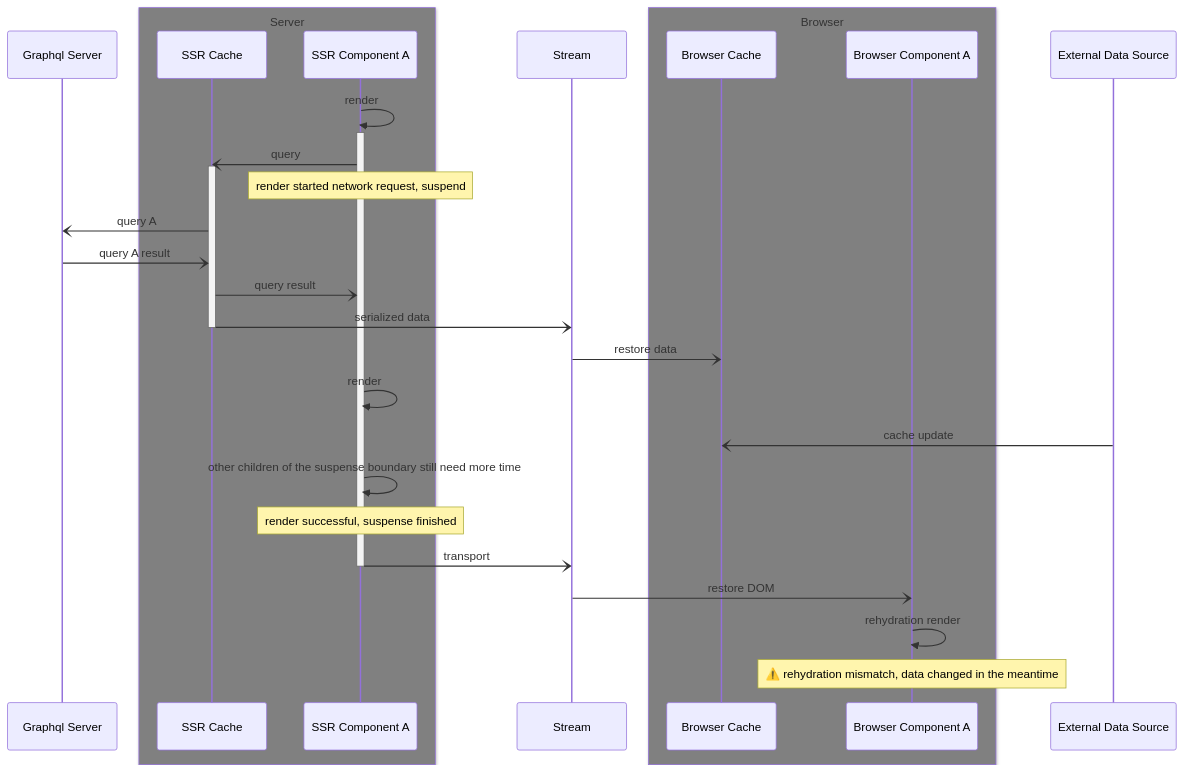
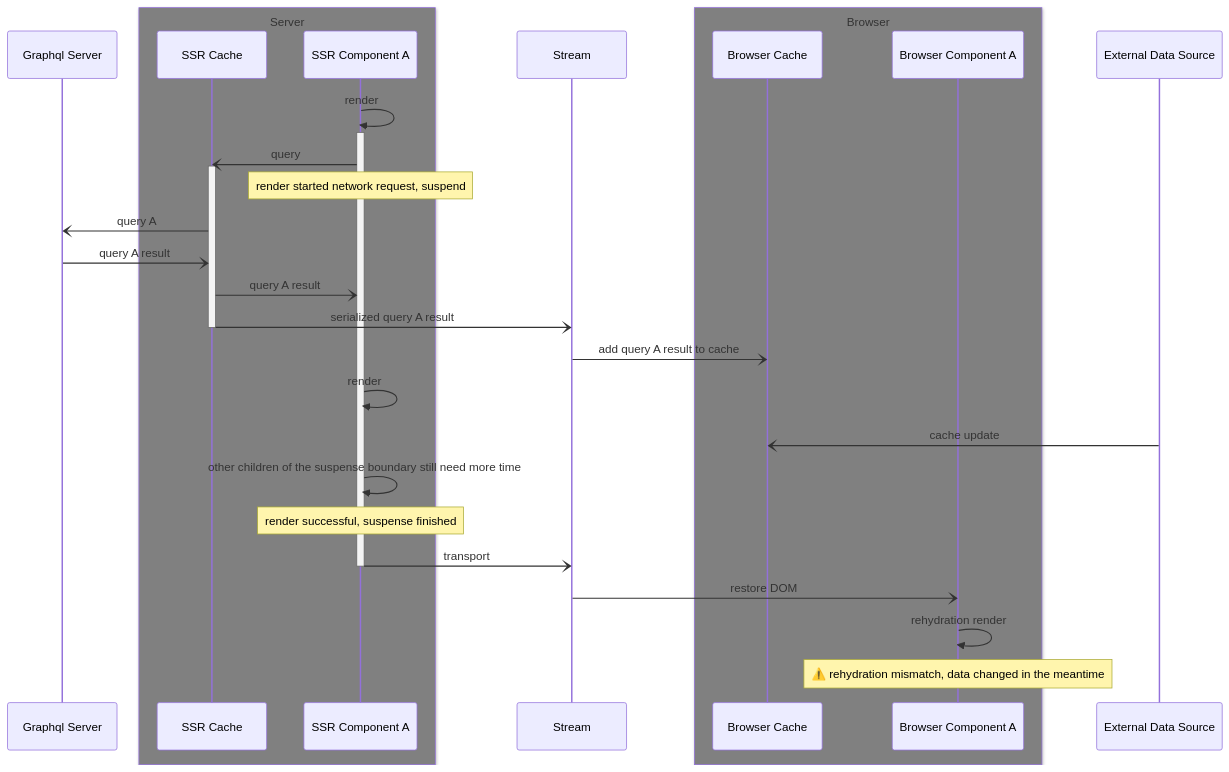
The third of 4 diagrams in RFC.md (apollographql/apollo-client-nextjs), drawn with Mermaid before and after one commit. The commit also changed other lines of this file, not shown here.

Commit message:
more precise wording in diagrams

````diff
--- a/RFC.md
+++ b/RFC.md
@@ -443,38 +443,38 @@
 ```mermaid
 sequenceDiagram
   participant GQL as Graphql Server
 
   box gray Server
   participant SSRCache as SSR Cache
   participant SSRA as SSR Component A
   end
   participant Stream
 
   box gray Browser
   participant BCache as Browser Cache
   participant BA as Browser Component A
   end
 
   participant Data as External Data Source
 
   SSRA ->> SSRA: render
   activate SSRA
   SSRA -) SSRCache: query
   activate SSRCache
   Note over SSRA: render started network request, suspend
   SSRCache -) GQL: query A
   GQL -) SSRCache: query A result
-  SSRCache -) SSRA: query result
-  SSRCache -) Stream: serialized data
+  SSRCache -) SSRA: query A result
+  SSRCache -) Stream: serialized query A result
   deactivate SSRCache
-  Stream -) BCache: restore data
+  Stream -) BCache: add query A result to cache
   SSRA ->> SSRA: render
   Data -) BCache: cache update
   SSRA ->> SSRA: other children of the suspense boundary still need more time
   Note over SSRA: render successful, suspense finished
   SSRA -) Stream: transport
   deactivate SSRA
   Stream -) BA: restore DOM
   BA ->> BA: rehydration render
   Note over BA: ⚠️ rehydration mismatch, data changed in the meantime
 ```
````
